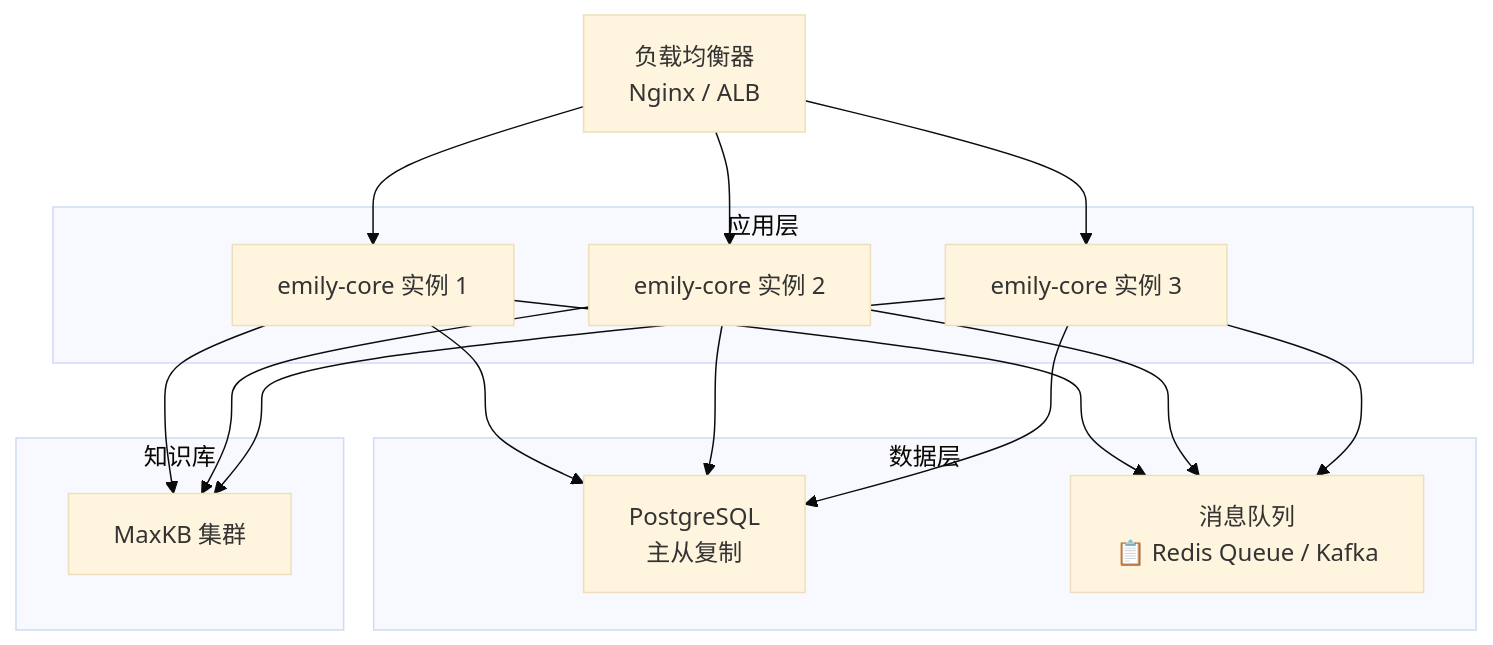
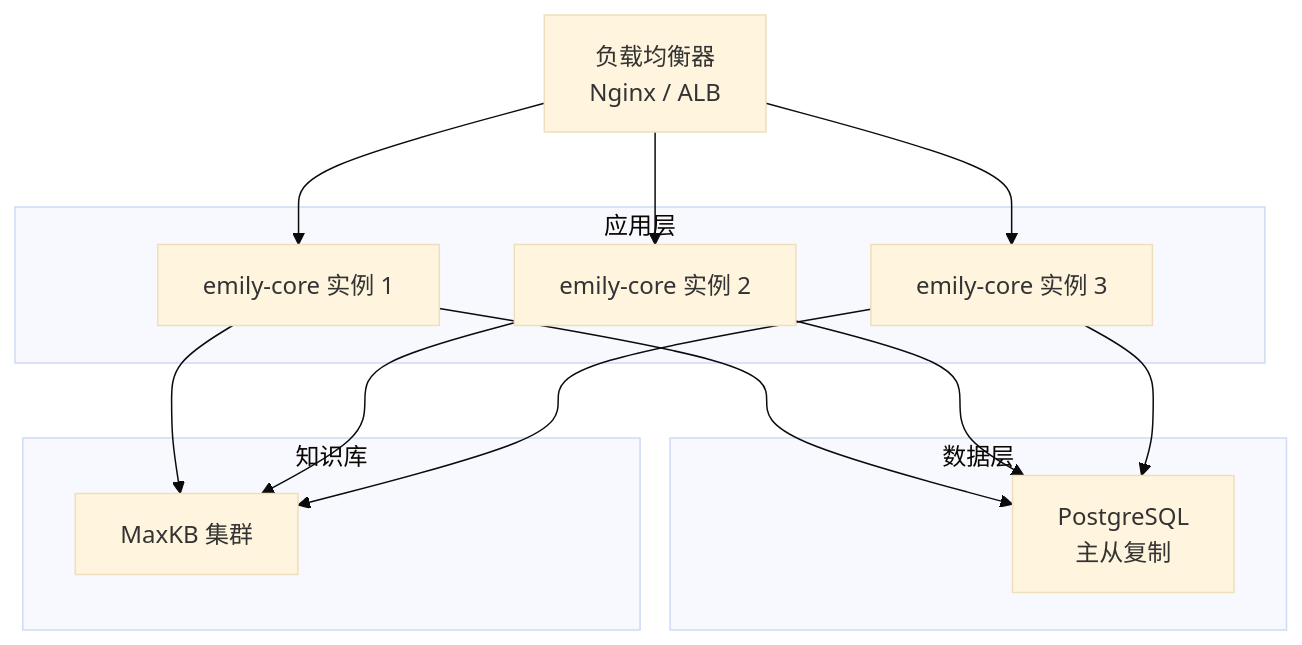
Diagram 30 of 32 in 需求/Emily系统技术白皮书.md (Ellyshome/Emily), drawn with Mermaid (base theme) before and after one commit. The commit also changed other lines of this file and 1 other file, not shown here.

````diff
--- a/需求/Emily系统技术白皮书.md
+++ b/需求/Emily系统技术白皮书.md
@@ -1831,24 +1643,22 @@
 ```mermaid
 graph TD
     LB[负载均衡器<br/>Nginx / ALB]
     
     subgraph 应用层
         AC1[emily-core 实例 1]
         AC2[emily-core 实例 2]
         AC3[emily-core 实例 3]
     end
     
     subgraph 数据层
         PG[PostgreSQL<br/>主从复制]
-        MQ[消息队列<br/>📋 Redis Queue / Kafka]
     end
     
     subgraph 知识库
         MAXKB[MaxKB 集群]
     end
     
     LB --> AC1 & AC2 & AC3
     AC1 & AC2 & AC3 --> PG
-    AC1 & AC2 & AC3 --> MQ
     AC1 & AC2 & AC3 --> MAXKB
 ```
````
